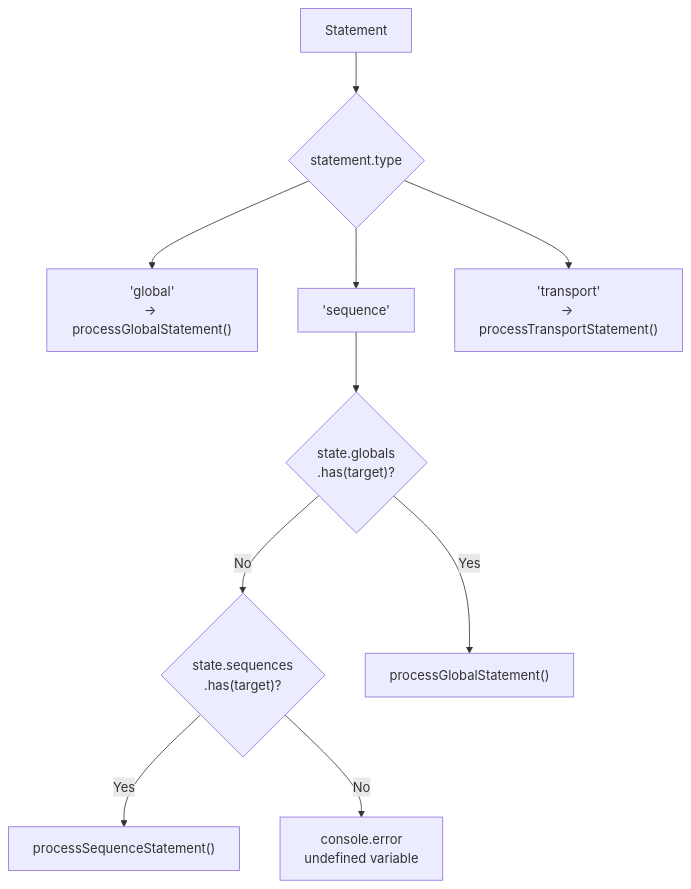
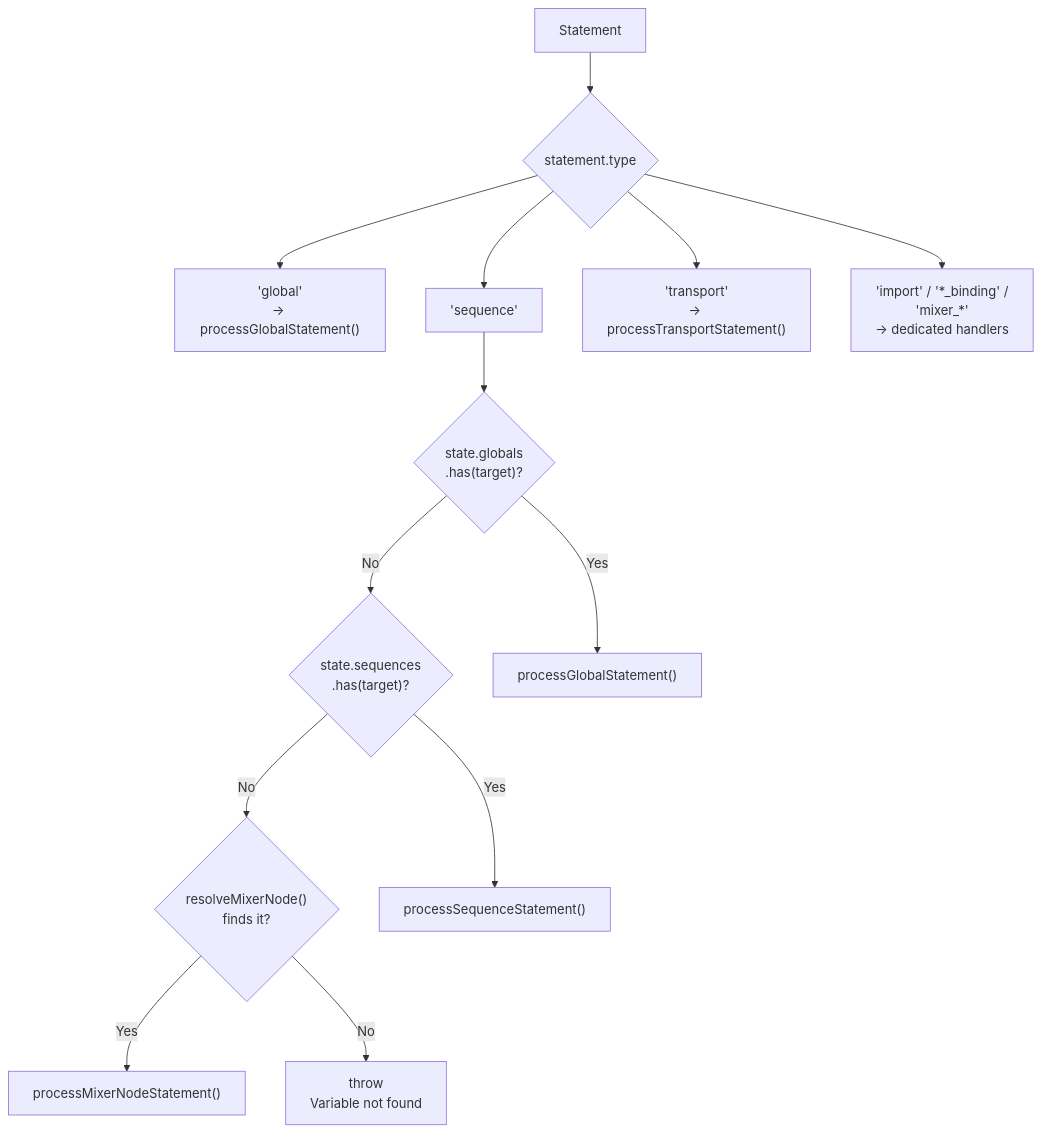
Before and after one commit to signalcompose/orbitscore: the first of 2 diagrams in sites/dev/en/pipeline/evaluation.md, drawn with Mermaid. The commit also changed other lines of this file and 14 other files, not shown here.

````diff
--- a/sites/dev/en/pipeline/evaluation.md
+++ b/sites/dev/en/pipeline/evaluation.md
@@ -212,23 +306,29 @@
 ```mermaid
 flowchart TD
   stmt["Statement"]
   sw{"statement.type"}
   g["'global'\n→ processGlobalStatement()"]
   seq["'sequence'"]
   chkG{"state.globals\n.has(target)?"}
   chkS{"state.sequences\n.has(target)?"}
+  chkM{"resolveMixerNode()\nfinds it?"}
   gStmt["processGlobalStatement()"]
   sStmt["processSequenceStatement()"]
-  err["console.error\nundefined variable"]
+  mStmt["processMixerNodeStatement()"]
+  err["throw\nVariable not found"]
   trans["'transport'\n→ processTransportStatement()"]
+  other["'import' / '*_binding' /\n'mixer_*'\n→ dedicated handlers"]
 
   stmt --> sw
   sw --> g
   sw --> seq
   sw --> trans
+  sw --> other
   seq --> chkG
   chkG -- Yes --> gStmt
   chkG -- No --> chkS
   chkS -- Yes --> sStmt
-  chkS -- No --> err
+  chkS -- No --> chkM
+  chkM -- Yes --> mStmt
+  chkM -- No --> err
 ```
````
